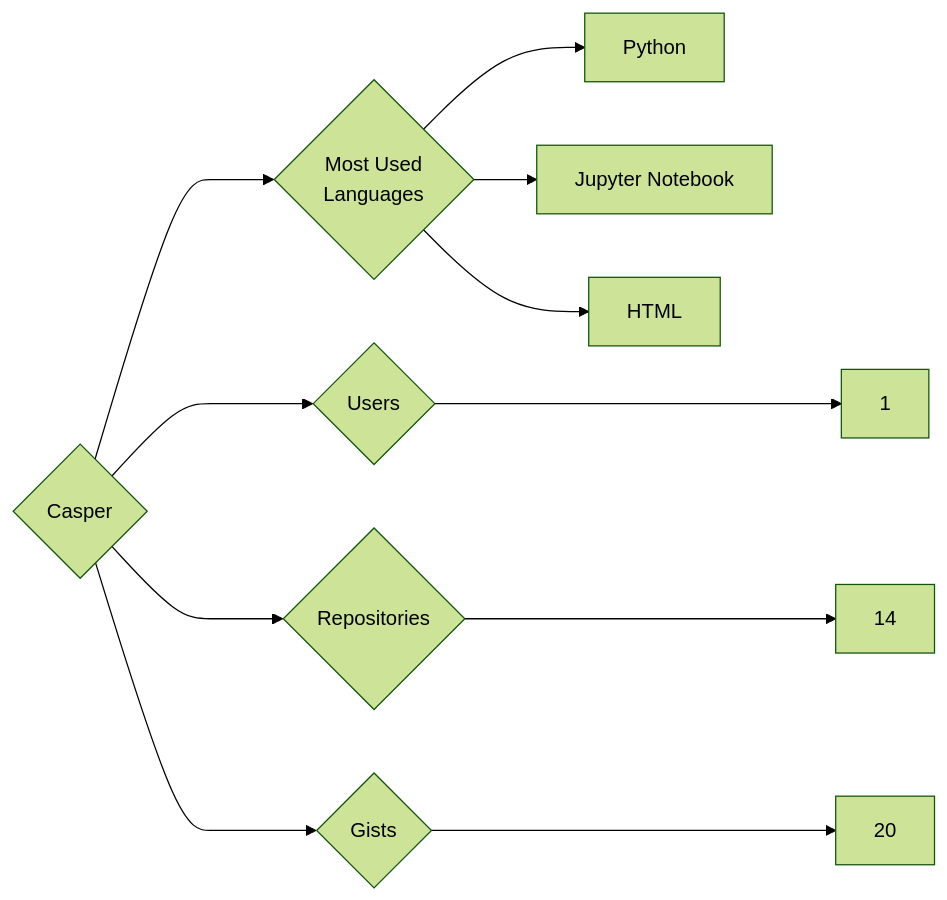
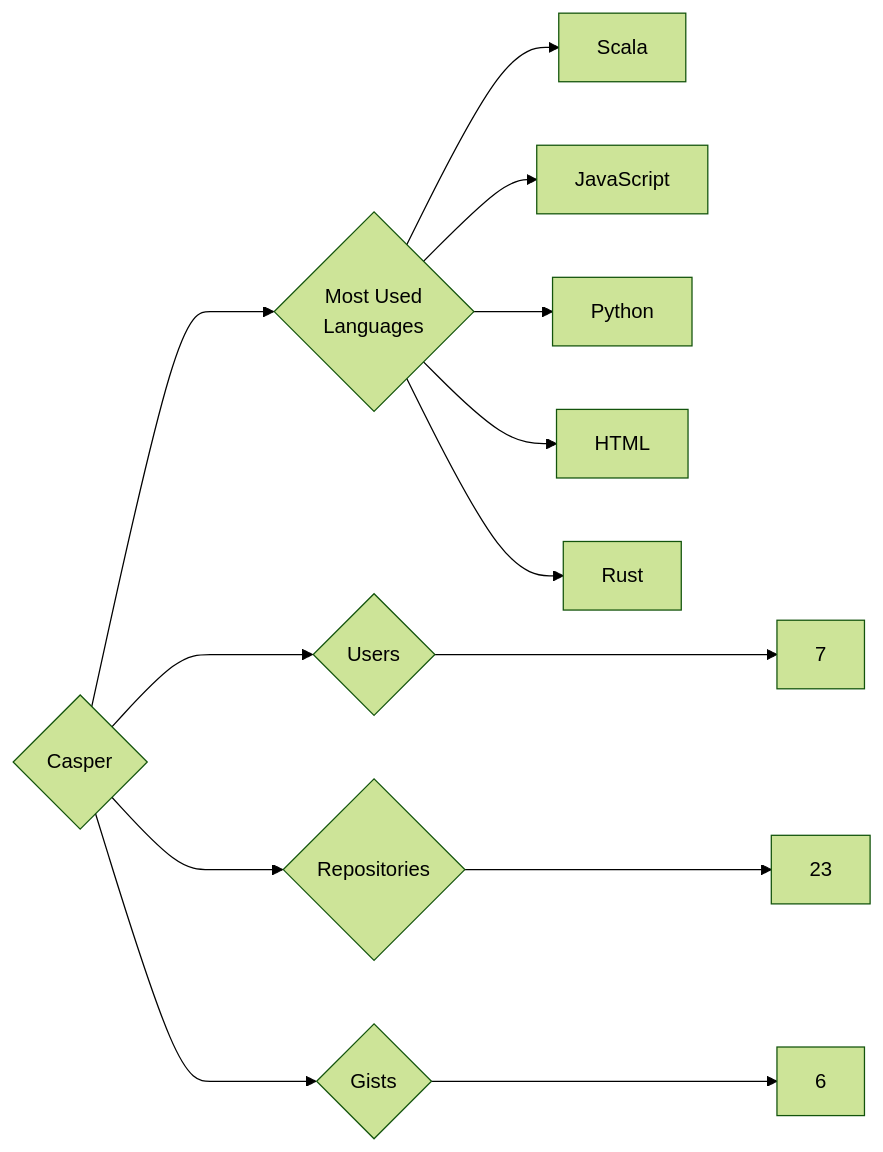
The diagram in targets/Casper/README.md (trickest/insiders), drawn with Mermaid (forest theme) before and after one commit. The commit also changed 874 other files, not shown here.

````diff
--- a/targets/Casper/README.md
+++ b/targets/Casper/README.md
@@ -3,11 +3,13 @@
 ```mermaid
 graph LR
 COMPANY_NAME{Casper}
-COMPANY_NAME ---> U{Users} ---> UN[1]
-COMPANY_NAME ---> R{Repositories} ---> RN[14]
-COMPANY_NAME ---> G{Gists} ---> GN[20]
+COMPANY_NAME ---> U{Users} ---> UN[7]
+COMPANY_NAME ---> R{Repositories} ---> RN[23]
+COMPANY_NAME ---> G{Gists} ---> GN[6]
 COMPANY_NAME ---> ML{Most Used<br>Languages}
+ML --> Scala[Scala]
+ML --> JavaScript[JavaScript]
 ML --> Python[Python]
-ML --> Jupyter_Notebook[Jupyter Notebook]
 ML --> HTML[HTML]
+ML --> Rust[Rust]
 ```
````
